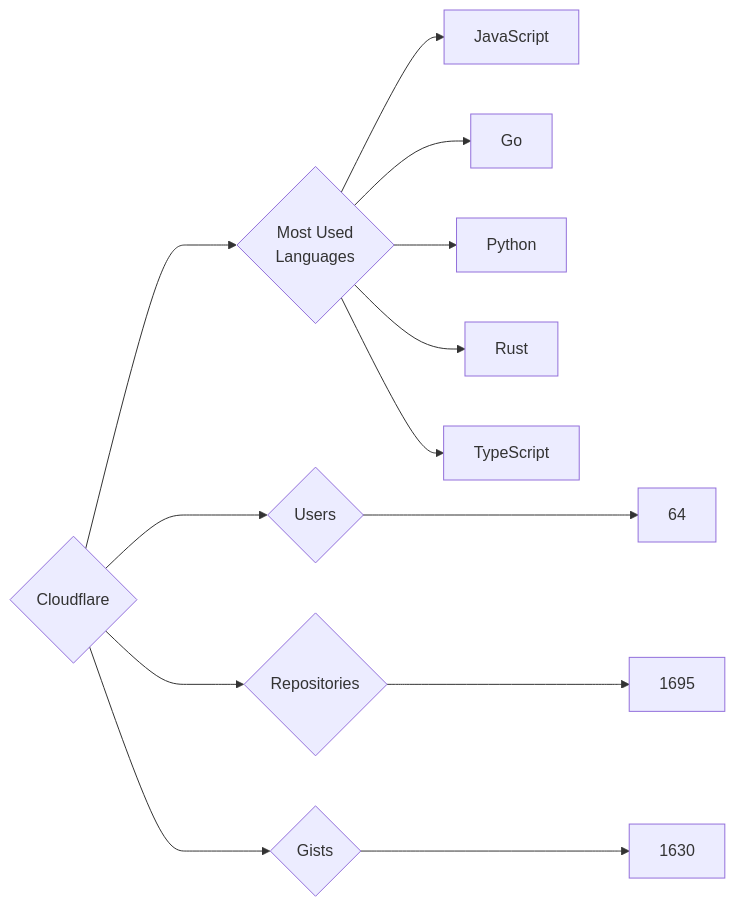
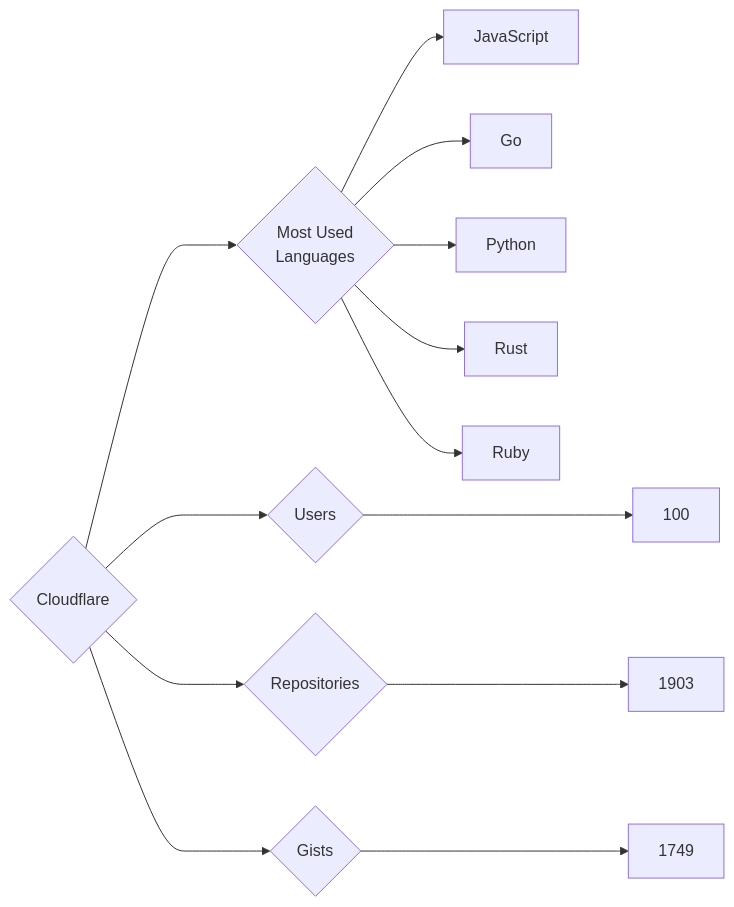
The diagram in targets/Cloudflare/README.md (trickest/insiders), drawn with Mermaid before and after one commit. The commit also changed 757 other files, not shown here.

````diff
--- a/targets/Cloudflare/README.md
+++ b/targets/Cloudflare/README.md
@@ -3,13 +3,13 @@
 ```mermaid
 graph LR
 COMPANY_NAME{Cloudflare}
-COMPANY_NAME ---> U{Users} ---> UN[64]
-COMPANY_NAME ---> R{Repositories} ---> RN[1695]
-COMPANY_NAME ---> G{Gists} ---> GN[1630]
+COMPANY_NAME ---> U{Users} ---> UN[100]
+COMPANY_NAME ---> R{Repositories} ---> RN[1903]
+COMPANY_NAME ---> G{Gists} ---> GN[1749]
 COMPANY_NAME ---> ML{Most Used<br>Languages}
 ML --> JavaScript[JavaScript]
 ML --> Go[Go]
 ML --> Python[Python]
 ML --> Rust[Rust]
-ML --> TypeScript[TypeScript]
+ML --> Ruby[Ruby]
 ```
````
